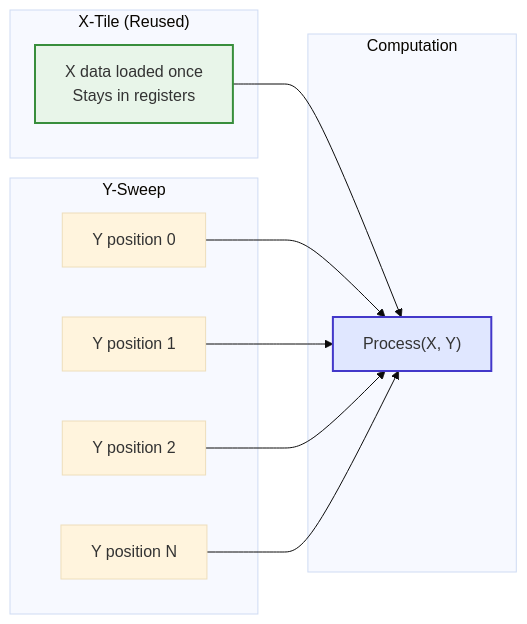
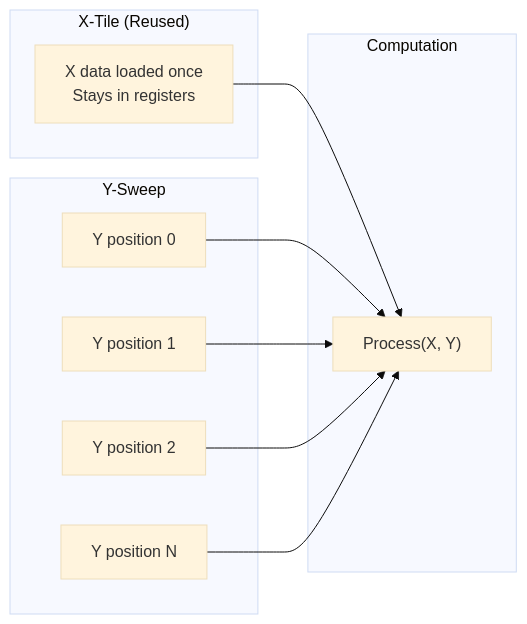
The first of 4 diagrams in projects/composablekernel/docs/conceptual/ck_tile/sweep_tile.rst (hdt98/rocm-libraries), drawn with Mermaid (base theme) before and after one commit. The commit also changed other lines of this file and 21 other files, not shown here.

First line of the commit message:
[ck] Updated CK Tile documentation to use mermaid diagrams (#7955)

```diff
--- a/projects/composablekernel/docs/conceptual/ck_tile/sweep_tile.rst
+++ b/projects/composablekernel/docs/conceptual/ck_tile/sweep_tile.rst
@@ -24,26 +18,23 @@
-      .. mermaid::
-      
-         flowchart LR
-             subgraph "X-Tile (Reused)"
-                 XT["X data loaded once<br/>Stays in registers"]
-             end
-             
-             subgraph "Y-Sweep"
-                 Y1["Y position 0"]
-                 Y2["Y position 1"]
-                 Y3["Y position 2"]
-                 YN["Y position N"]
-             end
-             
-             subgraph "Computation"
-                 C["Process(X, Y)"]
-             end
-             
-             XT --> C
-             Y1 --> C
-             Y2 --> C
-             Y3 --> C
-             YN --> C
-             
-             style XT fill:#e8f5e9,stroke:#388e3c,stroke-width:2px
-             style C fill:#e0e7ff,stroke:#4338ca,stroke-width:2px
+.. mermaid::
+
+   flowchart LR
+       subgraph "X-Tile (Reused)"
+           XT["X data loaded once<br/>Stays in registers"]
+       end
+
+       subgraph "Y-Sweep"
+           Y1["Y position 0"]
+           Y2["Y position 1"]
+           Y3["Y position 2"]
+           YN["Y position N"]
+       end
+
+       subgraph "Computation"
+           C["Process(X, Y)"]
+       end
+
+       XT --> C
+       Y1 --> C
+       Y2 --> C
+       Y3 --> C
+       YN --> C
```
